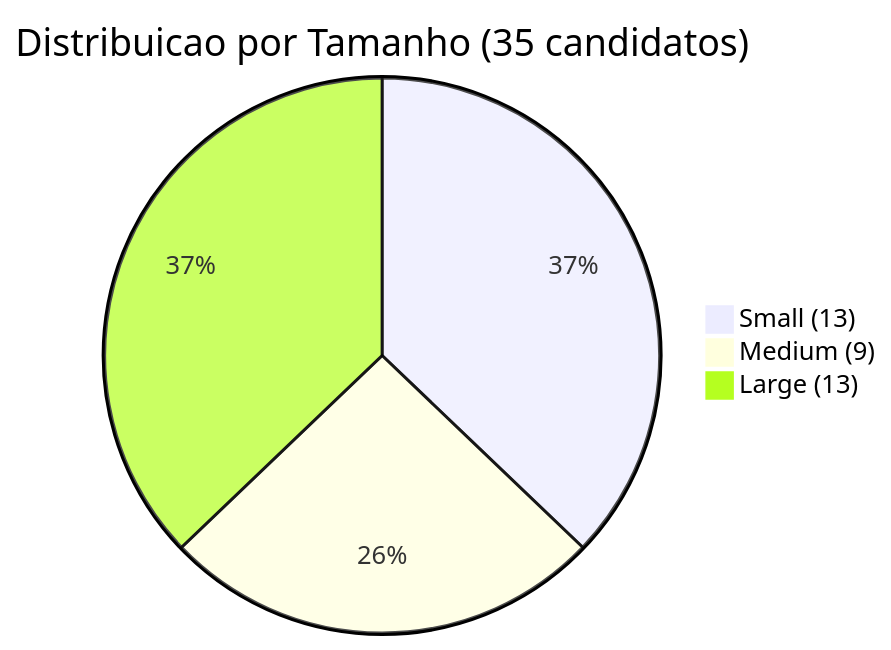
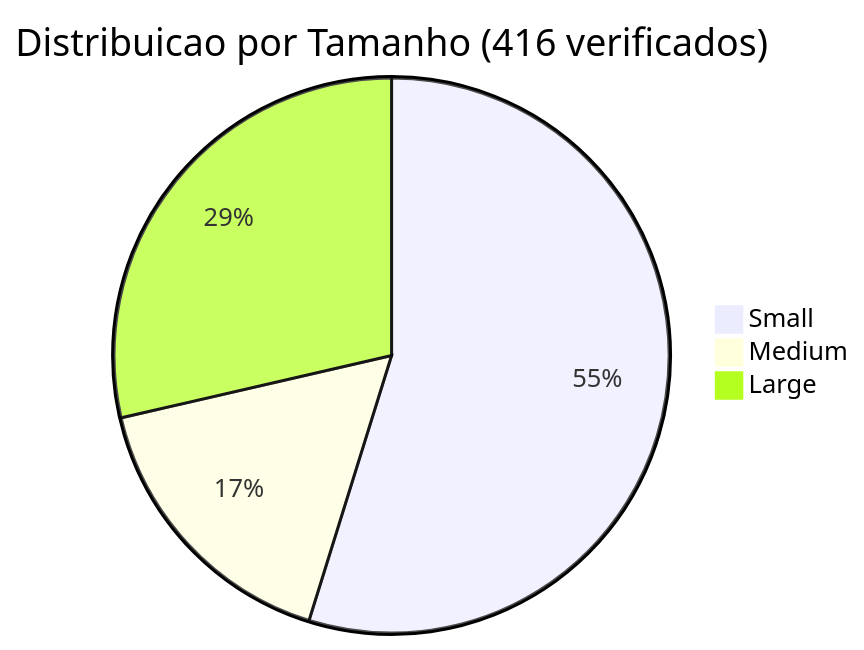
One commit to gabrielrochass/tcc-schema-code-evolution changed the third of 6 diagrams in docs/06-selecao-corpus.md. Above: the diagram before and after it, drawn with Mermaid. The commit also changed other lines of this file and 3 other files, not shown here.

````diff
--- a/docs/06-selecao-corpus.md
+++ b/docs/06-selecao-corpus.md
@@ -84,6 +88,6 @@
 ```mermaid
-pie title Distribuicao por Tamanho (35 candidatos)
-    "Small (13)" : 13
-    "Medium (9)" : 9
-    "Large (13)" : 13
+pie title Distribuicao por Tamanho (416 verificados)
+    "Small" : 228
+    "Medium" : 69
+    "Large" : 119
 ```
````
